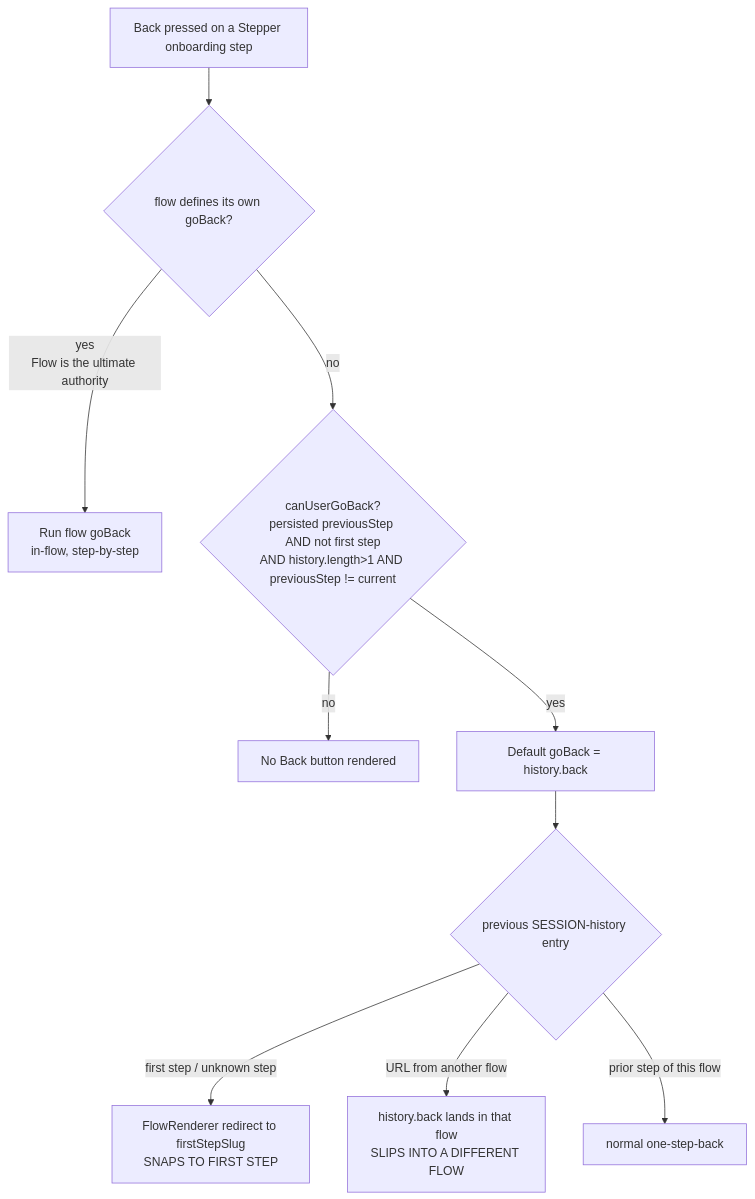
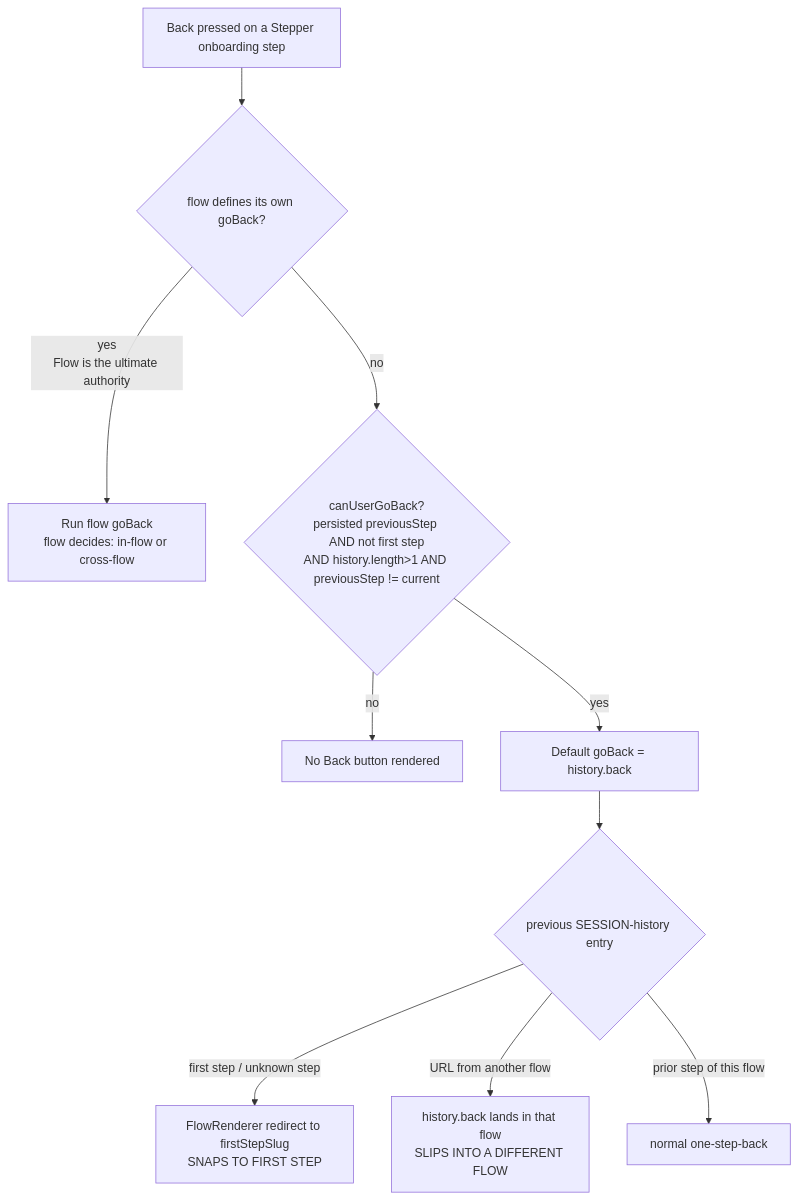
The diagram in blitzy/documentation/wp-calypso_be7e5cc64162.md (blitzy-research/wp-calypso), drawn with Mermaid before and after one commit. The commit also changed other lines of this file, not shown here.

First line of the commit message:
docs(onboarding): resolve QA findings on back-navigation diagnosis

````diff
--- a/blitzy/documentation/wp-calypso_be7e5cc64162.md
+++ b/blitzy/documentation/wp-calypso_be7e5cc64162.md
@@ -203,12 +208,12 @@
 ```mermaid
 flowchart TD
     A[Back pressed on a Stepper onboarding step] --> B{flow defines its own goBack?}
-    B -- yes<br/>Flow is the ultimate authority --> R1[Run flow goBack<br/>in-flow, step-by-step]
+    B -- yes<br/>Flow is the ultimate authority --> R1[Run flow goBack<br/>flow decides: in-flow or cross-flow]
     B -- no  --> C{canUserGoBack?<br/>persisted previousStep AND not first step<br/>AND history.length>1 AND previousStep != current}
     C -- no --> H[No Back button rendered]
     C -- yes --> D[Default goBack = history.back]
     D --> E{previous SESSION-history entry}
     E -- first step / unknown step --> R2[FlowRenderer redirect to firstStepSlug<br/>SNAPS TO FIRST STEP]
     E -- URL from another flow --> R3[history.back lands in that flow<br/>SLIPS INTO A DIFFERENT FLOW]
     E -- prior step of this flow --> R4[normal one-step-back]
 ```
````
